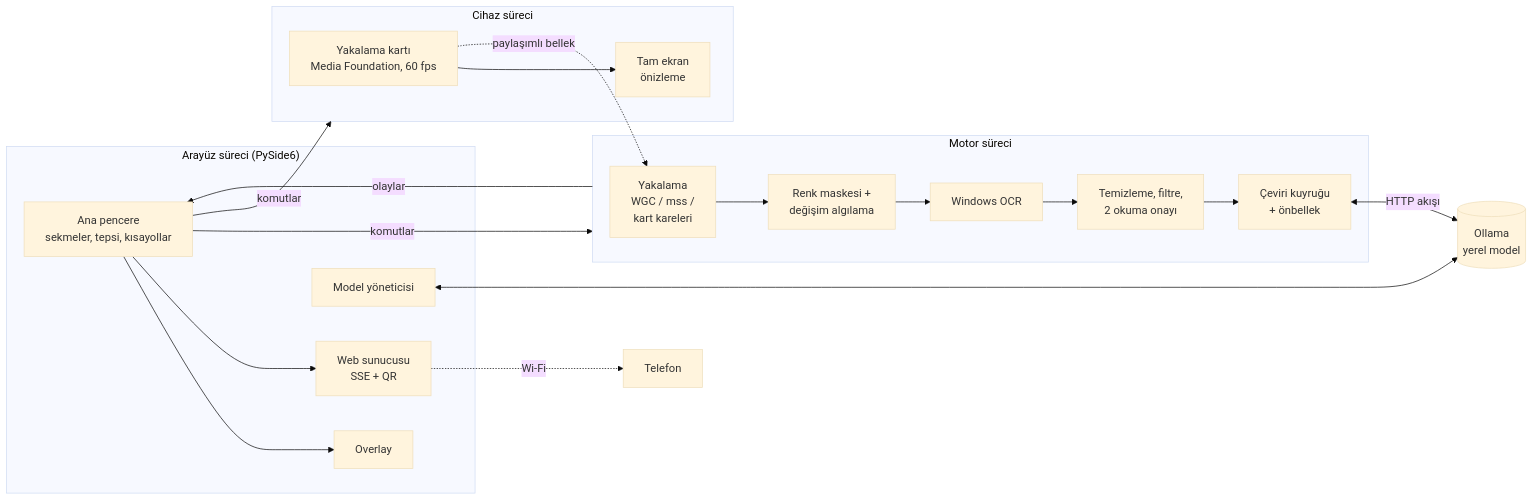
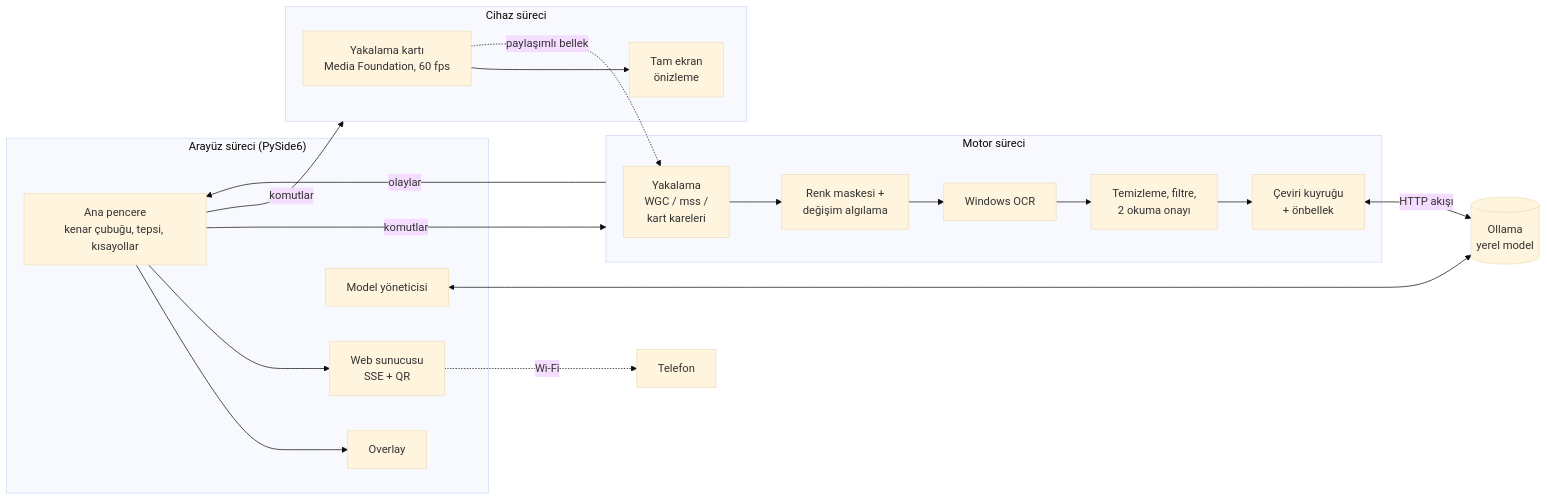
Before and after one commit to MertCodur-0/LiveSubs: the diagram in README.tr.md, drawn with Mermaid (base theme). The commit also changed other lines of this file and 6 other files, not shown here.

````diff
--- a/README.tr.md
+++ b/README.tr.md
@@ -58,27 +59,27 @@
 ```mermaid
 flowchart LR
     subgraph UI["Arayüz süreci (PySide6)"]
-        MW[Ana pencere<br/>sekmeler, tepsi, kısayollar]
+        MW[Ana pencere<br/>kenar çubuğu, tepsi, kısayollar]
         OV[Overlay]
         WEB[Web sunucusu<br/>SSE + QR]
         MM[Model yöneticisi]
     end
     subgraph DEV["Cihaz süreci"]
         CARD[Yakalama kartı<br/>Media Foundation, 60 fps] --> PRE[Tam ekran<br/>önizleme]
     end
     subgraph ENG["Motor süreci"]
         CAP[Yakalama<br/>WGC / mss /<br/>kart kareleri] --> VIS[Renk maskesi +<br/>değişim algılama]
         VIS --> OCR[Windows OCR]
         OCR --> TXT[Temizleme, filtre,<br/>2 okuma onayı]
         TXT --> TR[Çeviri kuyruğu<br/>+ önbellek]
     end
     TR <-->|HTTP akışı| OL[(Ollama<br/>yerel model)]
     MM <--> OL
     MW -- komutlar --> ENG
     ENG -- olaylar --> MW
     MW -- komutlar --> DEV
     CARD -.->|paylaşımlı bellek| CAP
     MW --> OV
     MW --> WEB
     WEB -.->|Wi-Fi| PHONE[Telefon]
 ```
````
